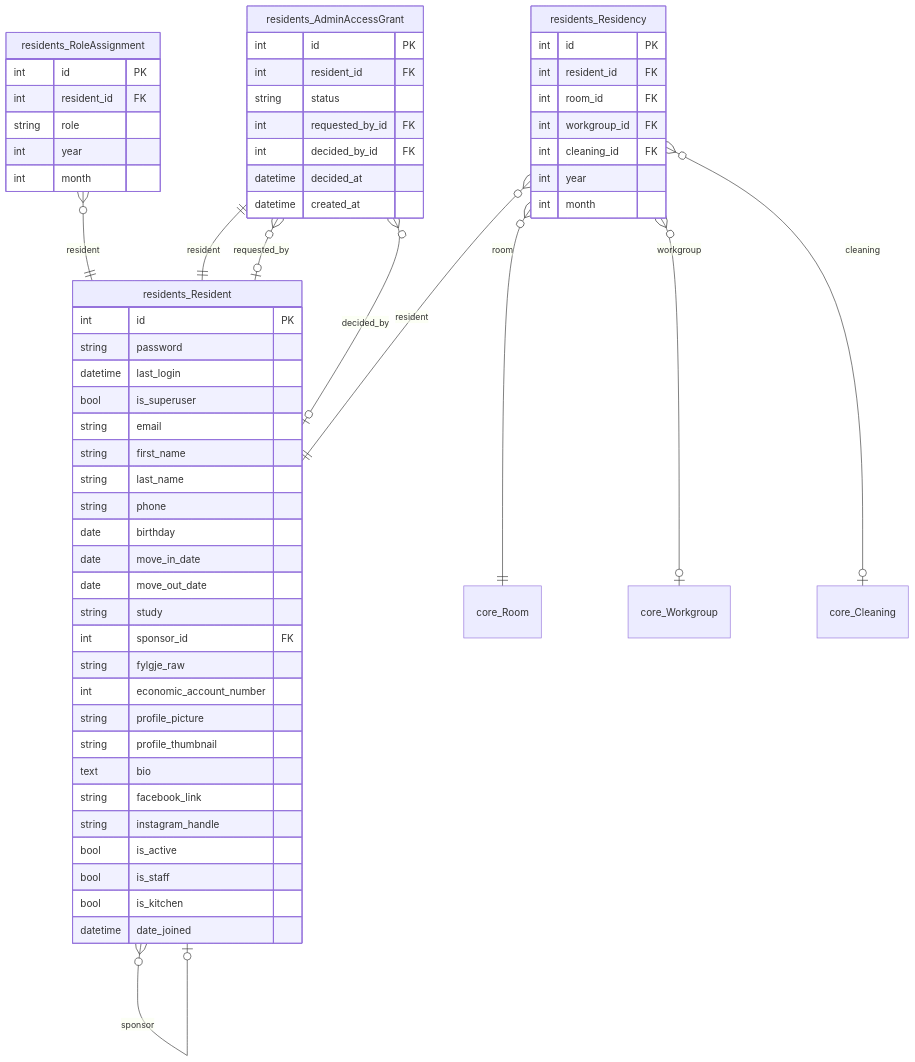
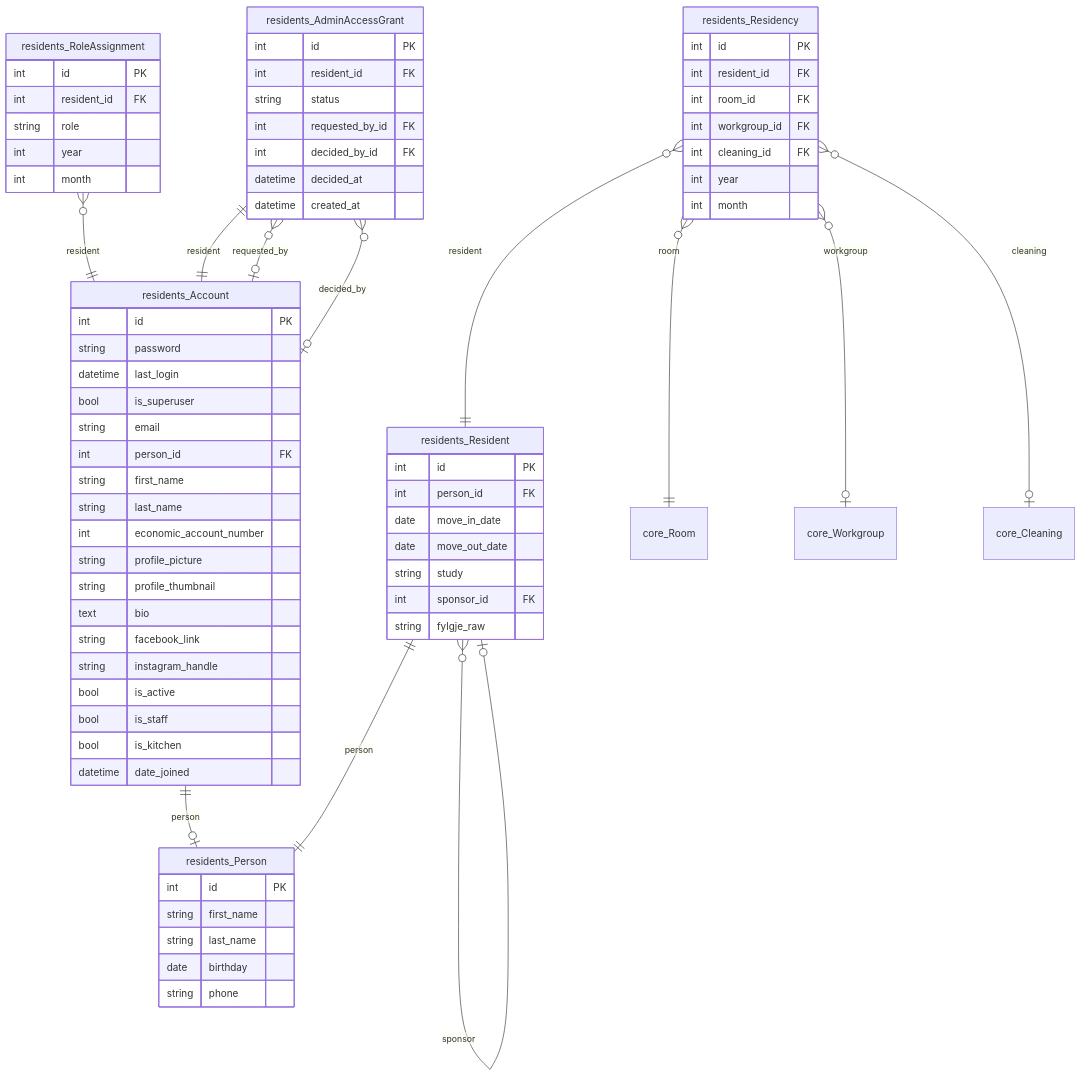
Before and after one commit to GAHK-org/gahk_intern: diagram 16 of 18 in docs/erd.md, drawn with Mermaid. The commit also changed other lines of this file and 148 other files, not shown here.

````diff
--- a/docs/erd.md
+++ b/docs/erd.md
@@ -2245,20 +2259,32 @@
 ```mermaid
 erDiagram
+    residents_Person {
+        int id PK
+        string first_name
+        string last_name
+        date birthday
+        string phone
+    }
+
     residents_Resident {
+        int id PK
+        int person_id FK
+        date move_in_date
+        date move_out_date
+        string study
+        int sponsor_id FK
+        string fylgje_raw
+    }
+
+    residents_Account {
         int id PK
         string password
         datetime last_login
         bool is_superuser
         string email
+        int person_id FK
         string first_name
         string last_name
-        string phone
-        date birthday
-        date move_in_date
-        date move_out_date
-        string study
-        int sponsor_id FK
-        string fylgje_raw
         int economic_account_number
         string profile_picture
         string profile_thumbnail
@@ -2305,13 +2331,15 @@
 
     core_Workgroup { }
 
+    residents_Resident ||--|| residents_Person : "person"
     residents_Resident }o--|o residents_Resident : "sponsor"
+    residents_Account ||--|o residents_Person : "person"
     residents_Residency }o--|| residents_Resident : "resident"
     residents_Residency }o--|| core_Room : "room"
     residents_Residency }o--|o core_Workgroup : "workgroup"
     residents_Residency }o--|o core_Cleaning : "cleaning"
-    residents_RoleAssignment }o--|| residents_Resident : "resident"
-    residents_AdminAccessGrant ||--|| residents_Resident : "resident"
-    residents_AdminAccessGrant }o--|o residents_Resident : "requested_by"
-    residents_AdminAccessGrant }o--|o residents_Resident : "decided_by"
+    residents_RoleAssignment }o--|| residents_Account : "resident"
+    residents_AdminAccessGrant ||--|| residents_Account : "resident"
+    residents_AdminAccessGrant }o--|o residents_Account : "requested_by"
+    residents_AdminAccessGrant }o--|o residents_Account : "decided_by"
 ```
````
